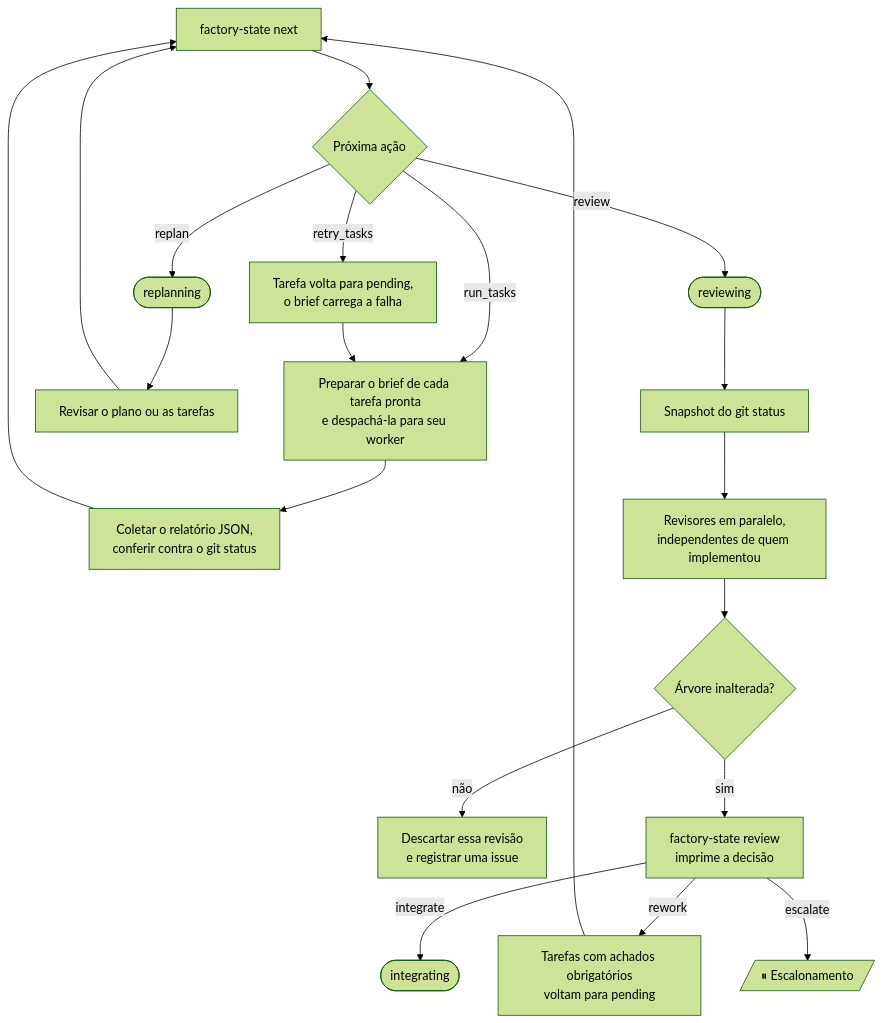
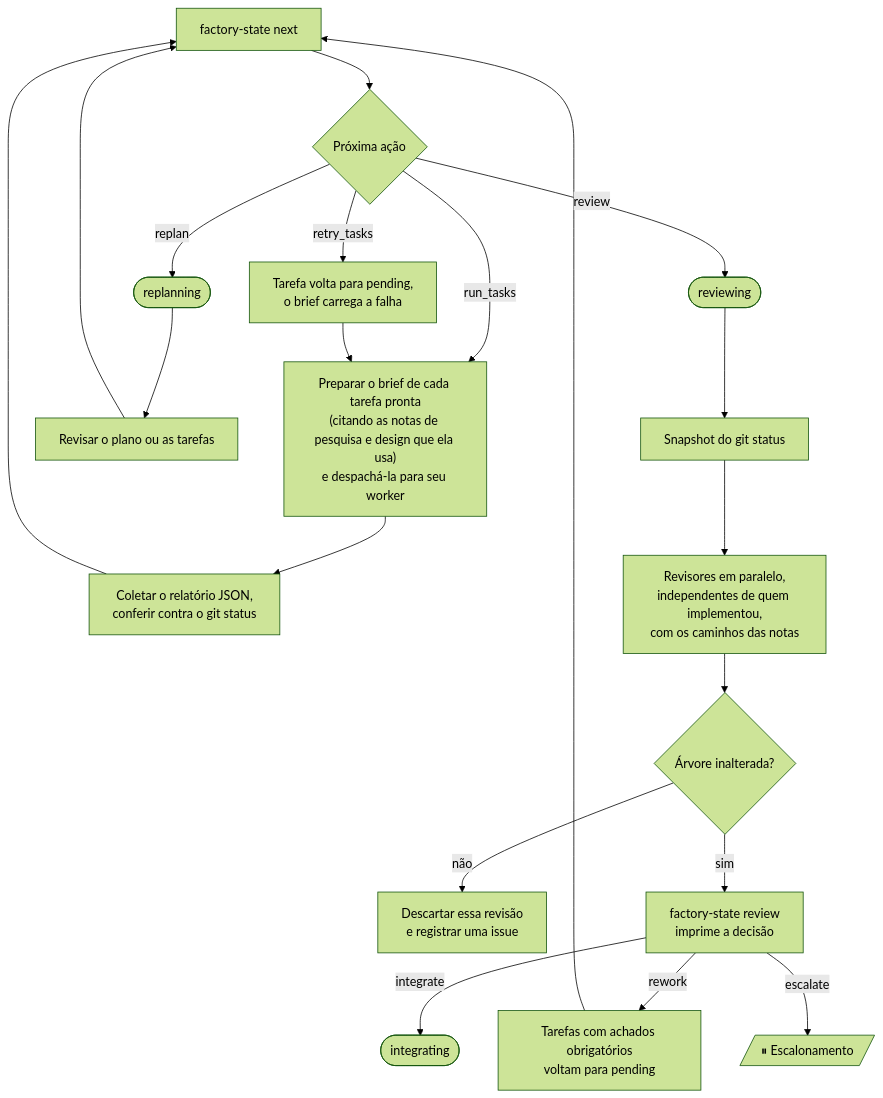
The fifth of 6 diagrams in docs/guide/workflows.pt-br.md (leoarkiteto/ai-software-factory-kit), drawn with Mermaid (forest theme) before and after one commit. The commit also changed other lines of this file and 17 other files, not shown here.

First line of the commit message:
Show the research and design workers in the diagrams

````diff
--- a/docs/guide/workflows.pt-br.md
+++ b/docs/guide/workflows.pt-br.md
@@ -131,22 +140,22 @@
 ```mermaid
 flowchart TD
     N["factory-state next"] --> A{"Próxima ação"}
-    A -- run_tasks --> B["Preparar o brief de cada tarefa pronta<br/>e despachá-la para seu worker"]
+    A -- run_tasks --> B["Preparar o brief de cada tarefa pronta<br/>(citando as notas de pesquisa e design que ela usa)<br/>e despachá-la para seu worker"]
     B --> R["Coletar o relatório JSON,<br/>conferir contra o git status"]
     R --> N
     A -- retry_tasks --> RT["Tarefa volta para pending,<br/>o brief carrega a falha"]
     RT --> B
     A -- replan --> RP(["replanning"])
     RP --> RPL["Revisar o plano ou as tarefas"]
     RPL --> N
     A -- review --> RV(["reviewing"])
     RV --> SNAP["Snapshot do git status"]
-    SNAP --> RVS["Revisores em paralelo,<br/>independentes de quem implementou"]
+    SNAP --> RVS["Revisores em paralelo,<br/>independentes de quem implementou,<br/>com os caminhos das notas"]
     RVS --> CHK{"Árvore inalterada?"}
     CHK -- não --> DISC["Descartar essa revisão<br/>e registrar uma issue"]
     CHK -- sim --> SUB["factory-state review<br/>imprime a decisão"]
     SUB -- rework --> RW["Tarefas com achados obrigatórios<br/>voltam para pending"]
     RW --> N
     SUB -- integrate --> IN(["integrating"])
     SUB -- escalate --> ESC[/"⏸ Escalonamento"/]
 ```
````
